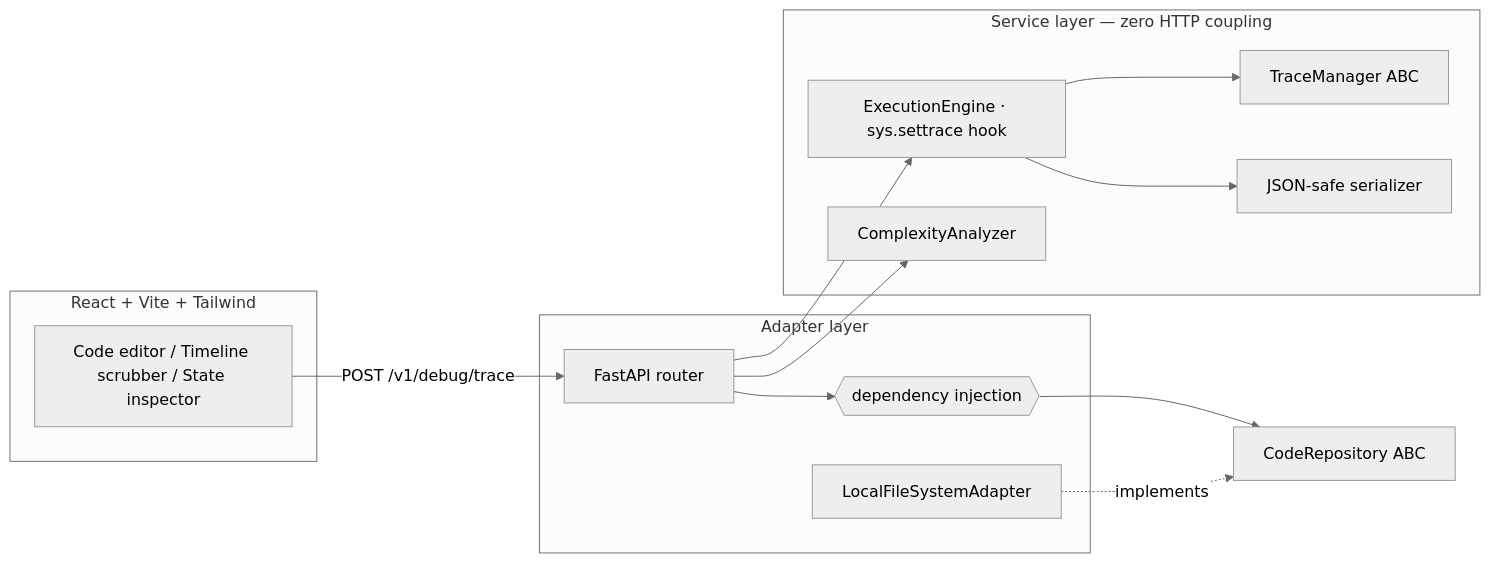
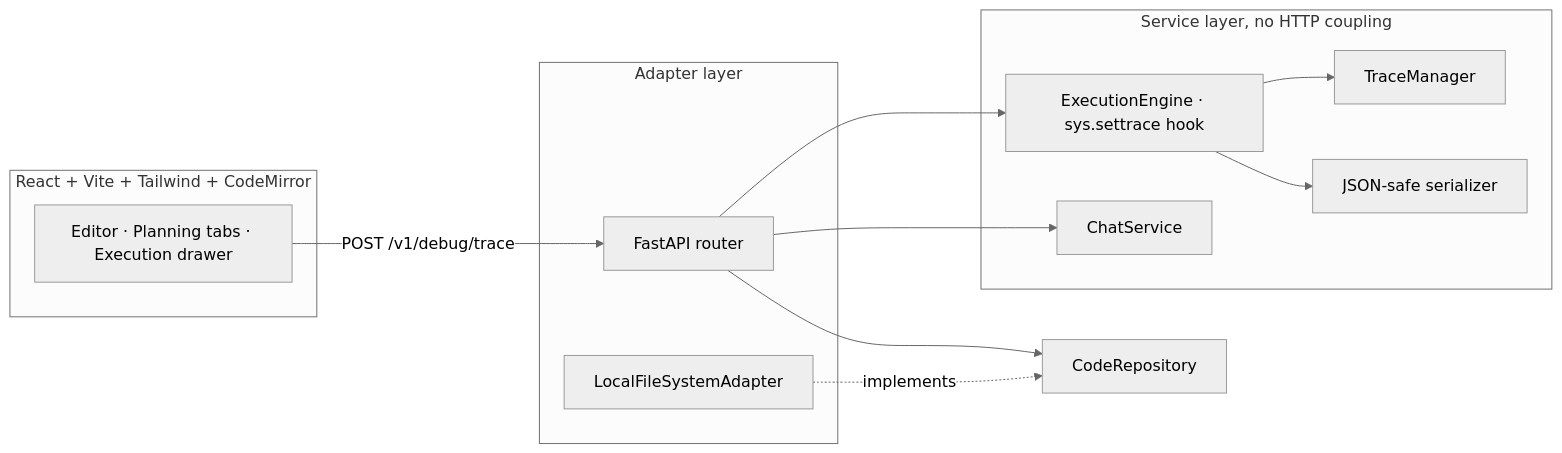
Before and after one commit to Anmol-Shrestha/dsa-visual-debugger: the diagram in README.md, drawn with Mermaid (neutral theme). The commit also changed other lines of this file, not shown here.

````diff
--- a/README.md
+++ b/README.md
@@ -28,24 +71,24 @@
 ```mermaid
 flowchart LR
-    subgraph Frontend [React + Vite + Tailwind]
-        UI[Code editor / Timeline scrubber / State inspector]
+    subgraph Frontend [React + Vite + Tailwind + CodeMirror]
+        UI[Editor · Planning tabs · Execution drawer]
     end
     subgraph Adapters [Adapter layer]
-        R[FastAPI router] --> DI{{dependency injection}}
+        R[FastAPI router]
         LS[LocalFileSystemAdapter]
     end
-    subgraph Services [Service layer — zero HTTP coupling]
+    subgraph Services [Service layer, no HTTP coupling]
         EE[ExecutionEngine · sys.settrace hook]
-        TM[TraceManager ABC]
+        TM[TraceManager]
         SER[JSON-safe serializer]
-        CA[ComplexityAnalyzer]
+        CS[ChatService]
     end
-    CR[CodeRepository ABC]
+    CR[CodeRepository]
 
     UI -->|POST /v1/debug/trace| R
     R --> EE --> TM
     EE --> SER
-    R --> CA
-    DI --> CR
+    R --> CS
+    R --> CR
     LS -. implements .-> CR
 ```
````
